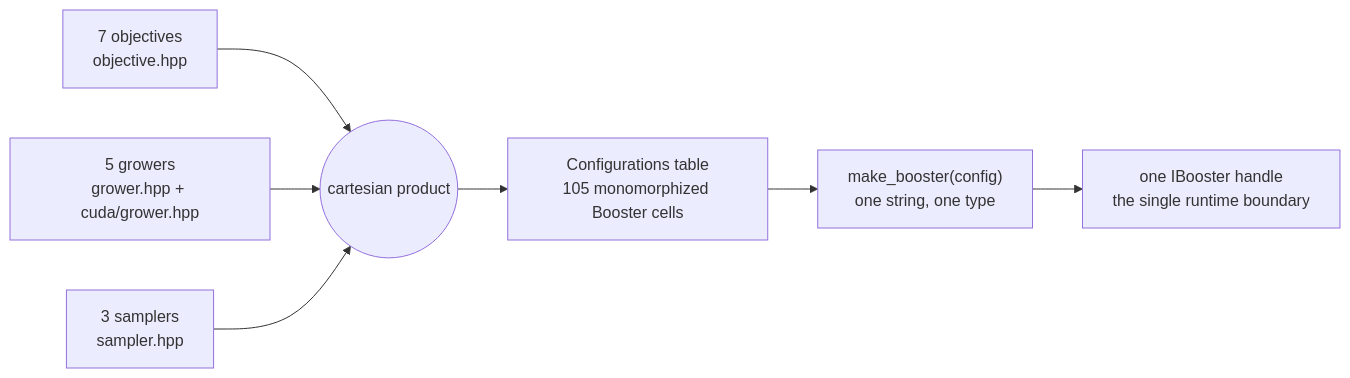
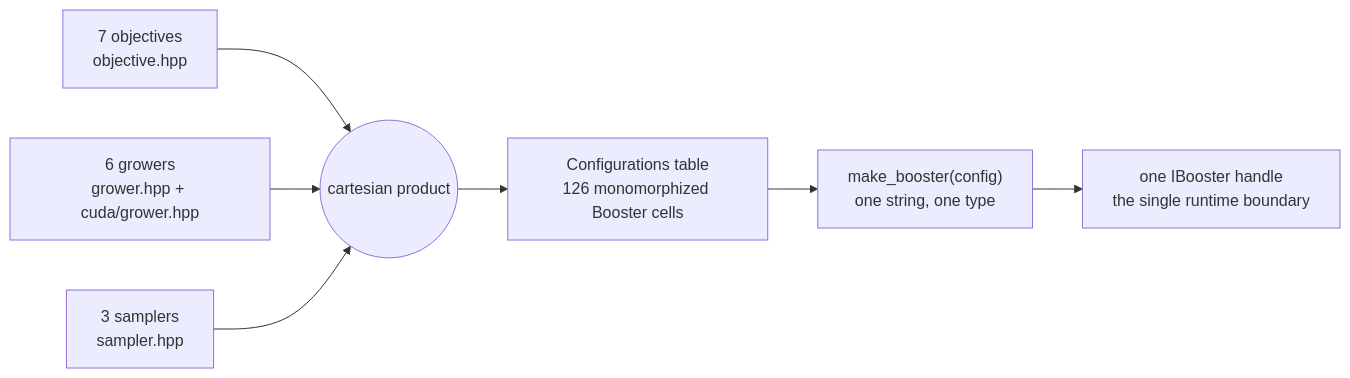
The second of 2 diagrams in docs/design/system-map.md (daniel-m-campos/bonsai), drawn with Mermaid before and after one commit. The commit also changed other lines of this file and 6 other files, not shown here.

````diff
--- a/docs/design/system-map.md
+++ b/docs/design/system-map.md
@@ -75,9 +75,9 @@
 ```mermaid
 flowchart LR
     O["7 objectives\nobjective.hpp"] --> CP(("cartesian product"))
-    G["5 growers\ngrower.hpp + cuda/grower.hpp"] --> CP
+    G["6 growers\ngrower.hpp + cuda/grower.hpp"] --> CP
     SA["3 samplers\nsampler.hpp"] --> CP
-    CP --> TBL["Configurations table\n105 monomorphized Booster cells"]
+    CP --> TBL["Configurations table\n126 monomorphized Booster cells"]
     TBL --> MB["make_booster(config)\none string, one type"]
     MB --> IB["one IBooster handle\nthe single runtime boundary"]
 ```
````
